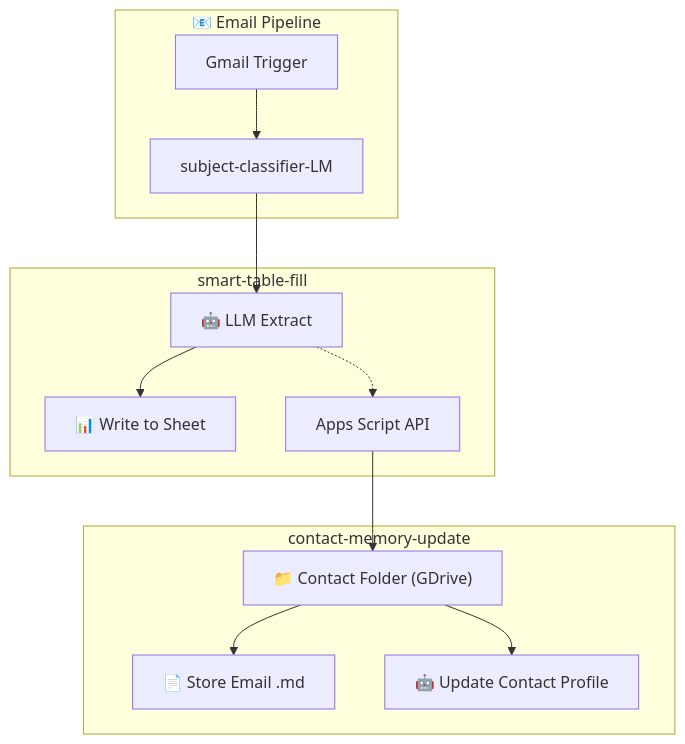
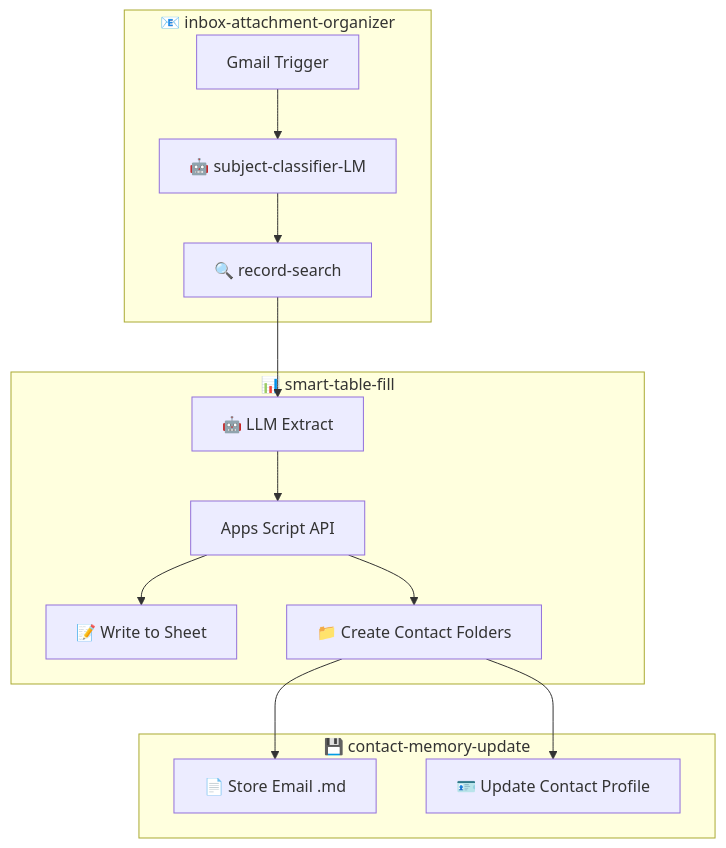
One commit to runfish5/micro-services changed the diagram in projects/n8n/02_smart-table-fill/docs/email-crm-guide.md. Above: the diagram before and after it, drawn with Mermaid. The commit also changed other lines of this file and 2 other files, not shown here.

First line of the commit message:
docs(smart-table-fill): restructure email-crm-guide for better UX

````diff
--- a/projects/n8n/02_smart-table-fill/docs/email-crm-guide.md
+++ b/projects/n8n/02_smart-table-fill/docs/email-crm-guide.md
@@ -11,18 +19,19 @@
 ```mermaid
 flowchart TB
-    subgraph "📧 Email Pipeline"
-        Gmail[Gmail Trigger] --> Classify[subject-classifier-LM]
+    subgraph "📧 inbox-attachment-organizer"
+        Gmail[Gmail Trigger] --> Classify[🤖 subject-classifier-LM]
+        Classify --> RecordSearch[🔍 record-search]
     end
 
-    subgraph "smart-table-fill"
-        Classify --> Extract[🤖 LLM Extract]
-        Extract --> Sheet[📊 Write to Sheet]
-        Extract -.-> AppScript[Apps Script API]
+    subgraph "📊 smart-table-fill"
+        RecordSearch --> Extract[🤖 LLM Extract]
+        Extract --> AppScript[Apps Script API]
+        AppScript --> Sheet[📝 Write to Sheet]
+        AppScript --> Folders[📁 Create Contact Folders]
     end
 
-    subgraph "contact-memory-update"
-        AppScript --> ContactFolder["📁 Contact Folder #40;GDrive#41;"]
-        ContactFolder --> StoreEmail[📄 Store Email .md]
-        ContactFolder --> UpdateProfile[🤖 Update Contact Profile]
+    subgraph "💾 contact-memory-update"
+        Folders --> StoreEmail[📄 Store Email .md]
+        Folders --> UpdateProfile[🪪 Update Contact Profile]
     end
 ```
````
